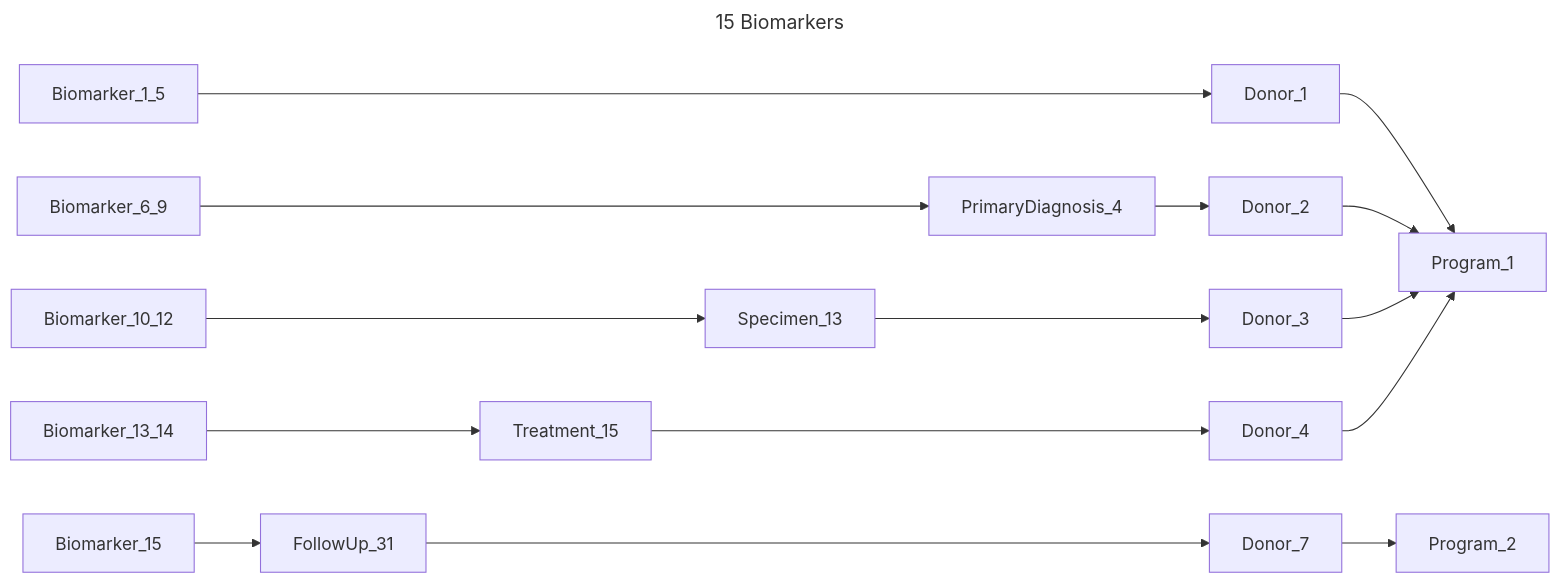
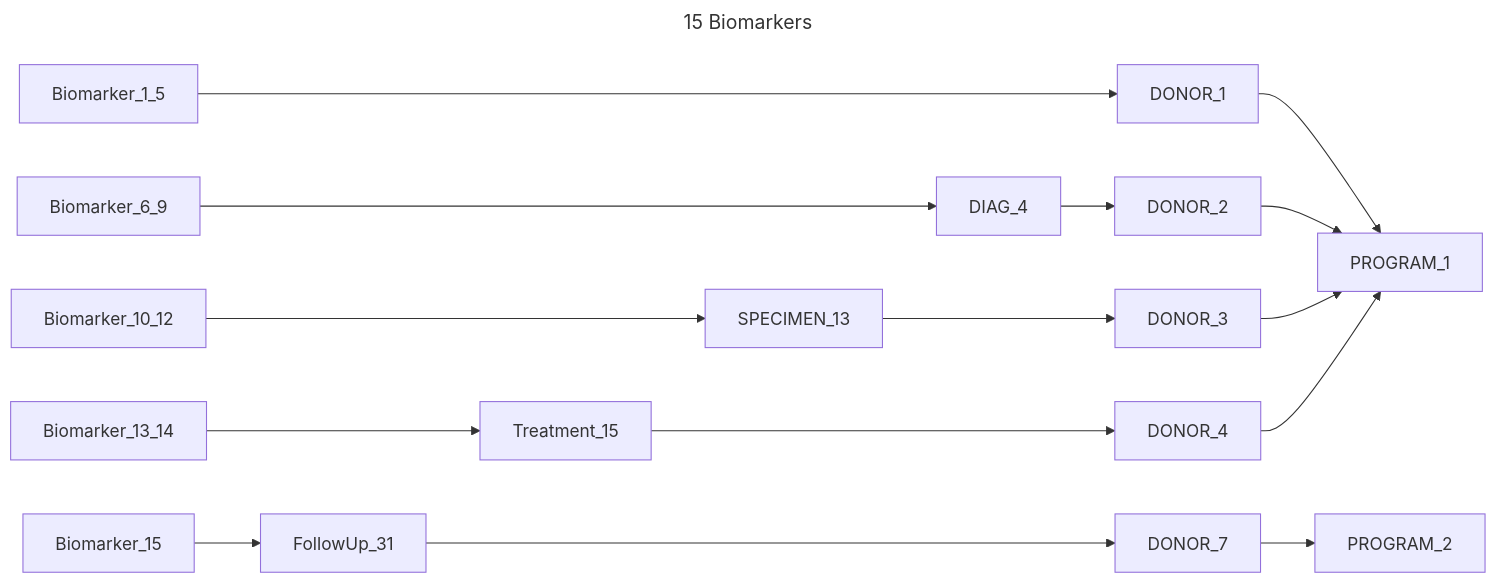
Diagram 12 of 14 in chord_metadata_service/mohpackets/data/small_dataset/README.md (CanDIG/katsu), drawn with Mermaid before and after one commit. The commit also changed other lines of this file and 2 other files, not shown here.

Commit message:
check mermaid diagrams

````diff
--- a/chord_metadata_service/mohpackets/data/small_dataset/README.md
+++ b/chord_metadata_service/mohpackets/data/small_dataset/README.md
@@ -192,11 +200,11 @@
 ```mermaid
 ---
 title: 15 Biomarkers
 ---
 graph LR;  
-  Biomarker_1_5 ------> Donor_1 --> Program_1;
-  Biomarker_6_9 -----> PrimaryDiagnosis_4 --> Donor_2 --> Program_1;
-  Biomarker_10_12 ----> Specimen_13 ---> Donor_3 --> Program_1;
-  Biomarker_13_14 ---> Treatment_15 ----> Donor_4 --> Program_1;
-  Biomarker_15 --> FollowUp_31 -----> Donor_7 --> Program_2;
+  Biomarker_1_5 ------> DONOR_1 --> PROGRAM_1;
+  Biomarker_6_9 -----> DIAG_4 --> DONOR_2 --> PROGRAM_1;
+  Biomarker_10_12 ----> SPECIMEN_13 ---> DONOR_3 --> PROGRAM_1;
+  Biomarker_13_14 ---> Treatment_15 ----> DONOR_4 --> PROGRAM_1;
+  Biomarker_15 --> FollowUp_31 -----> DONOR_7 --> PROGRAM_2;
 ```
````
